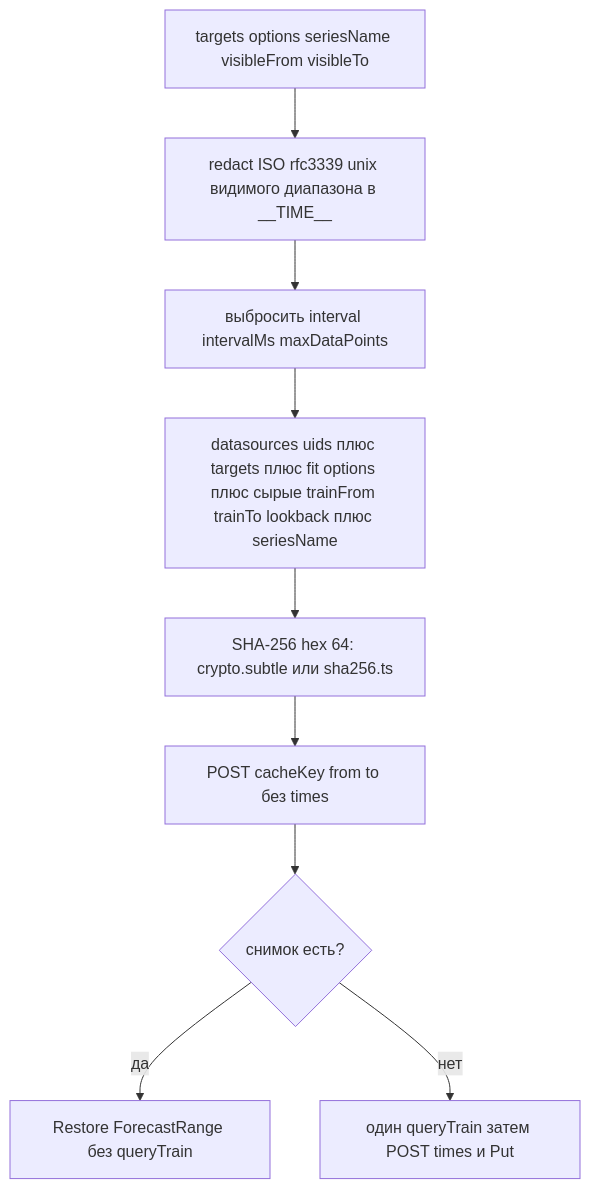
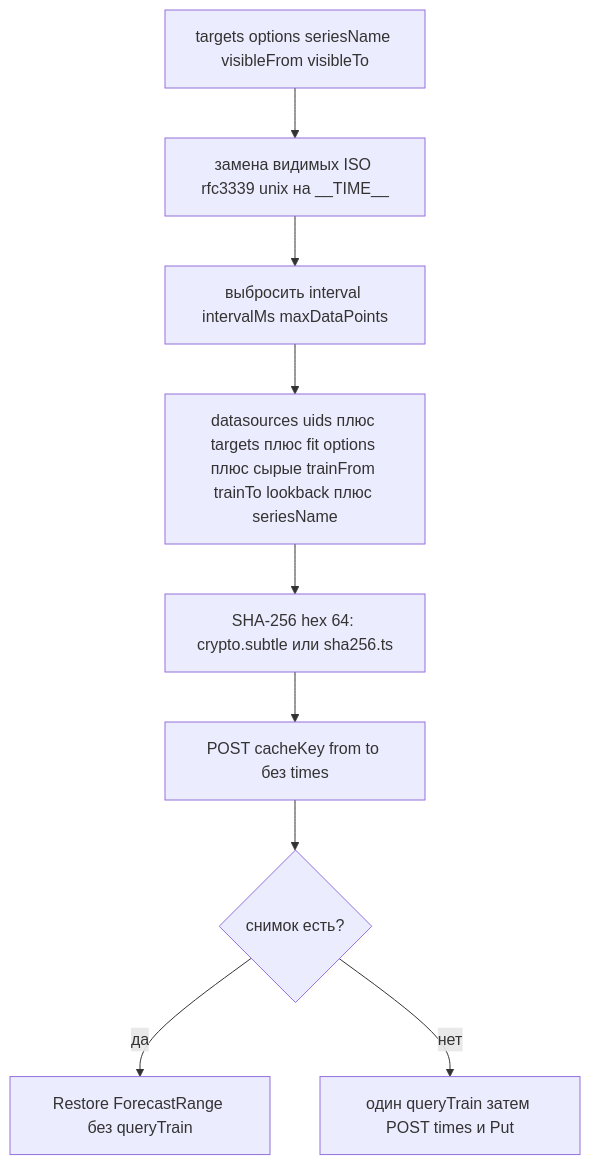
One commit to eduard-kolotushin/timeseries-grafana changed the first of 3 diagrams in diagrams/12-snapshot-cache.md. Above: the diagram before and after it, drawn with Mermaid. The commit also changed other lines of this file and 14 other files, not shown here.

Commit message:
Update diagrams

````diff
--- a/diagrams/12-snapshot-cache.md
+++ b/diagrams/12-snapshot-cache.md
@@ -15,11 +15,11 @@
 ```mermaid
 flowchart TD
-  In["targets options seriesName visibleFrom visibleTo"] --> Redact["redact ISO rfc3339 unix видимого диапазона в __TIME__"]
+  In["targets options seriesName visibleFrom visibleTo"] --> Redact["замена видимых ISO rfc3339 unix на __TIME__"]
   Redact --> Drop["выбросить interval intervalMs maxDataPoints"]
   Drop --> Pay["datasources uids плюс targets плюс fit options плюс сырые trainFrom trainTo lookback плюс seriesName"]
   Pay --> Hash["SHA-256 hex 64: crypto.subtle или sha256.ts"]
   Hash --> Probe["POST cacheKey from to без times"]
   Probe --> Hit{"снимок есть?"}
   Hit -->|да| Rest["Restore ForecastRange без queryTrain"]
   Hit -->|нет| Train["один queryTrain затем POST times и Put"]
 ```
````
